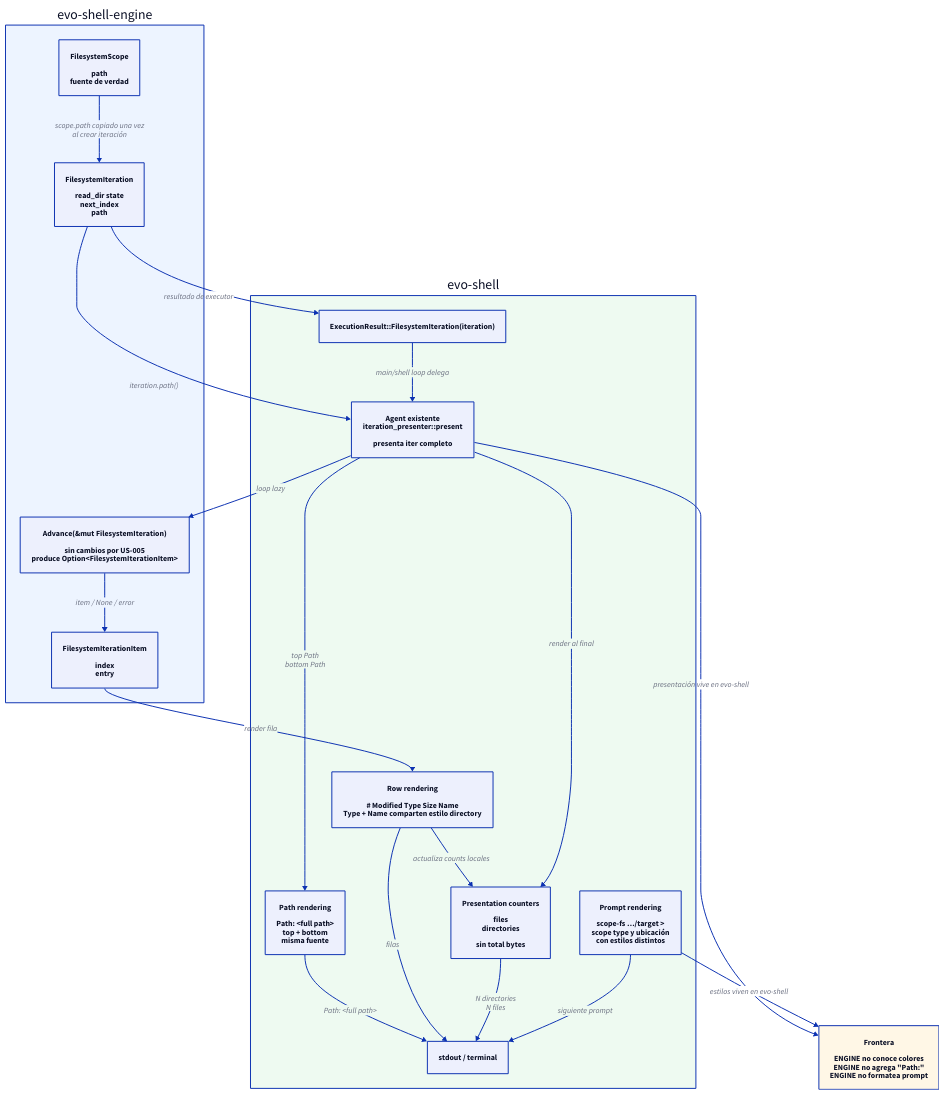
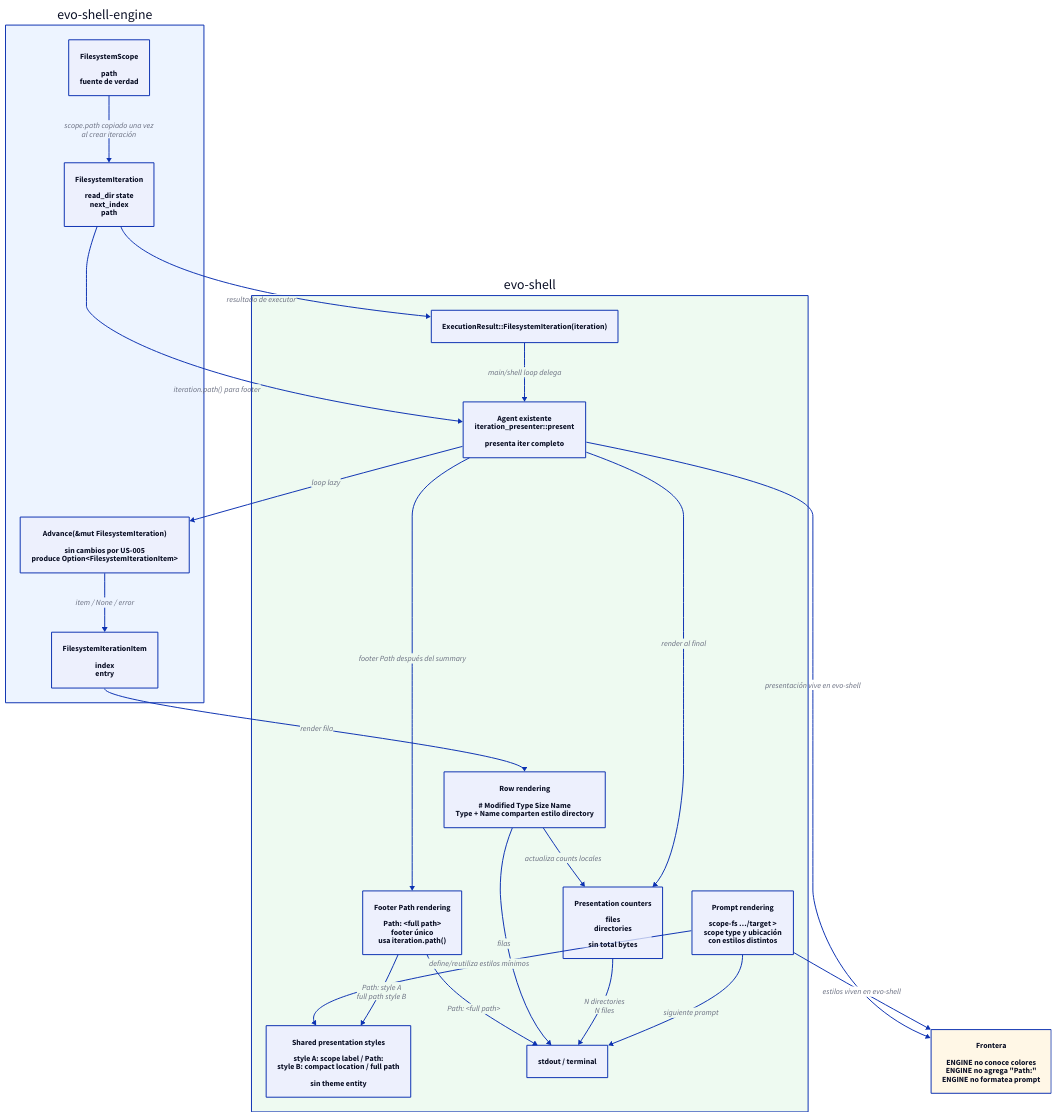
The diagram in evo-shell/technical_documentation/use_cases/UC-005-improve-iter-context-and-visual-readability/architecture.d2 (niqel/evolution), drawn with D2 before and after one commit. The commit also changed 4 other files, not shown here.

Commit message:
docs: refine iter path footer technical flow

```diff
--- a/evo-shell/technical_documentation/use_cases/UC-005-improve-iter-context-and-visual-readability/architecture.d2
+++ b/evo-shell/technical_documentation/use_cases/UC-005-improve-iter-context-and-visual-readability/architecture.d2
@@ -1,76 +1,82 @@
 direction: down
 
 engine: "evo-shell-engine" {
   style.fill: "#edf4ff"
 
   filesystem_scope: "FilesystemScope\n\npath\nfuente de verdad" {
     shape: rectangle
   }
 
   filesystem_iteration: "FilesystemIteration\n\nread_dir state\nnext_index\npath" {
     shape: rectangle
   }
 
   advance: "Advance(&mut FilesystemIteration)\n\nsin cambios por US-005\nproduce Option<FilesystemIterationItem>" {
     shape: rectangle
   }
 
   item: "FilesystemIterationItem\n\nindex\nentry" {
     shape: rectangle
   }
 }
 
 shell: "evo-shell" {
   style.fill: "#eefaf1"
 
   execution_result: "ExecutionResult::FilesystemIteration(iteration)" {
     shape: rectangle
   }
 
   iteration_presenter: "Agent existente\niteration_presenter::present\n\npresenta iter completo" {
     shape: rectangle
   }
 
-  path_rendering: "Path rendering\n\nPath: <full path>\ntop + bottom\nmisma fuente" {
+  path_rendering: "Footer Path rendering\n\nPath: <full path>\nfooter único\nusa iteration.path()" {
     shape: rectangle
   }
 
   row_rendering: "Row rendering\n\n# Modified Type Size Name\nType + Name comparten estilo directory" {
     shape: rectangle
   }
 
   summary: "Presentation counters\n\nfiles\ndirectories\n\nsin total bytes" {
     shape: rectangle
   }
 
   prompt_rendering: "Prompt rendering\n\nscope-fs …/target >\nscope type y ubicación\ncon estilos distintos" {
     shape: rectangle
   }
 
+  shared_styles: "Shared presentation styles\n\nstyle A: scope label / Path:\nstyle B: compact location / full path\n\nsin theme entity" {
+    shape: rectangle
+  }
+
   stdout: "stdout / terminal" {
     shape: rectangle
   }
 }
 
 engine.filesystem_scope -> engine.filesystem_iteration: "scope.path copiado una vez\nal crear iteración"
 engine.filesystem_iteration -> shell.execution_result: "resultado de executor"
 shell.execution_result -> shell.iteration_presenter: "main/shell loop delega"
-engine.filesystem_iteration -> shell.iteration_presenter: "iteration.path()"
-shell.iteration_presenter -> shell.path_rendering: "top Path\nbottom Path"
+engine.filesystem_iteration -> shell.iteration_presenter: "iteration.path() para footer"
+shell.iteration_presenter -> shell.path_rendering: "footer Path después del summary"
 shell.iteration_presenter -> engine.advance: "loop lazy"
 engine.advance -> engine.item: "item / None / error"
 engine.item -> shell.row_rendering: "render fila"
 shell.row_rendering -> shell.summary: "actualiza counts locales"
 shell.iteration_presenter -> shell.summary: "render al final"
+shell.prompt_rendering -> shell.shared_styles: "define/reutiliza estilos mínimos"
+shell.path_rendering -> shell.shared_styles: "Path: style A\nfull path style B"
 shell.path_rendering -> shell.stdout: "Path: <full path>"
 shell.row_rendering -> shell.stdout: "filas"
 shell.summary -> shell.stdout: "N directories\nN files"
 shell.prompt_rendering -> shell.stdout: "siguiente prompt"
 
 engine_boundary: "Frontera\n\nENGINE no conoce colores\nENGINE no agrega \"Path:\"\nENGINE no formatea prompt" {
   shape: rectangle
   style.fill: "#fff7e6"
 }
 
 shell.iteration_presenter -> engine_boundary: "presentación vive en evo-shell"
 shell.prompt_rendering -> engine_boundary: "estilos viven en evo-shell"
```
